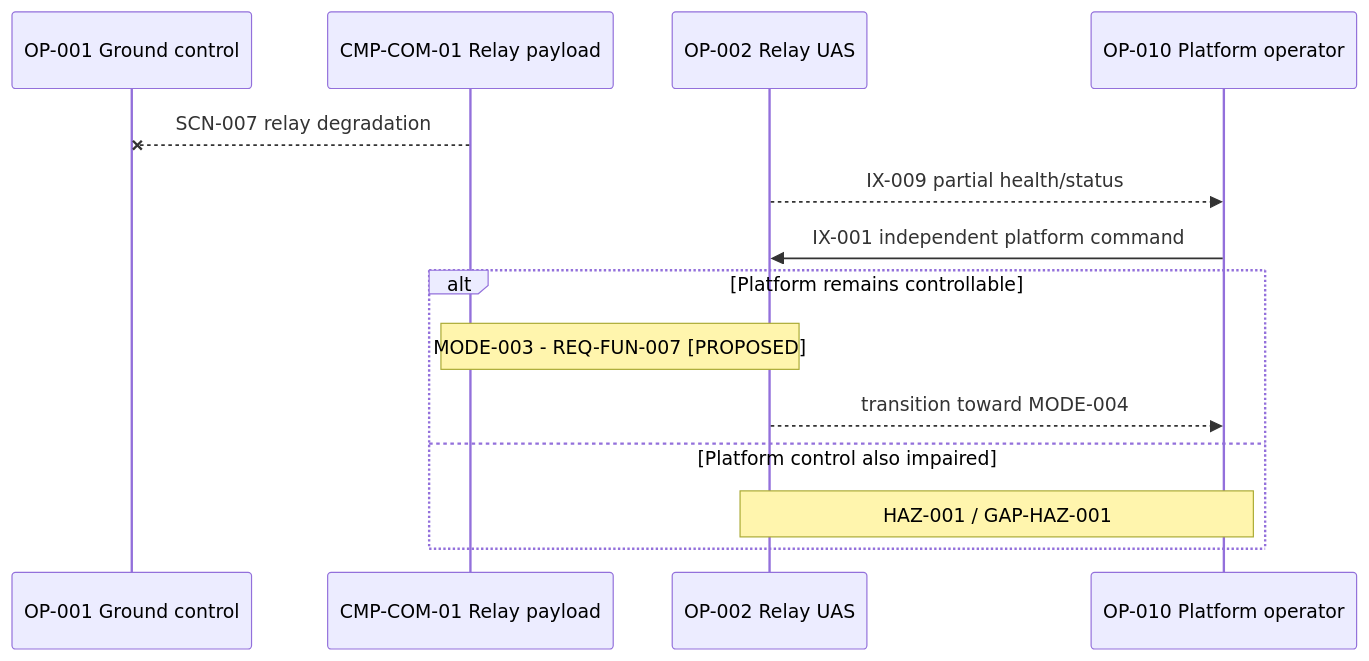
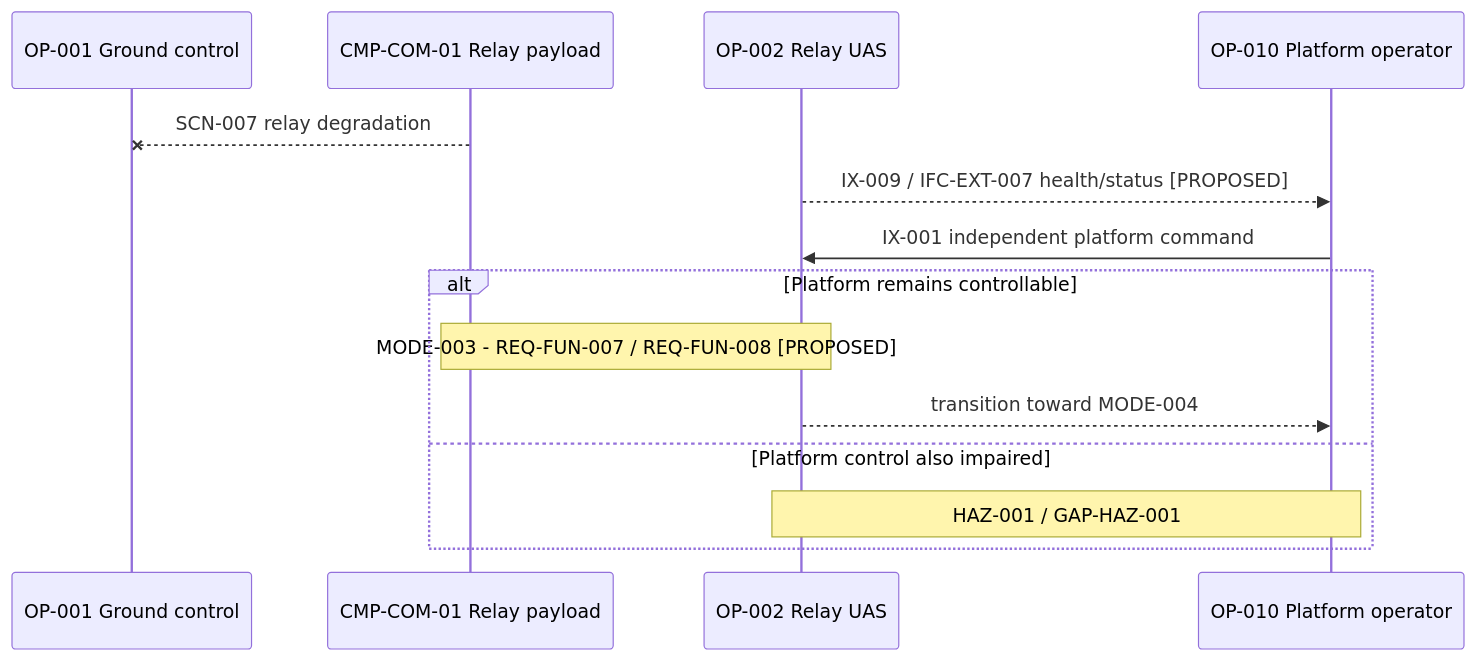
One commit to noahstephenson/low-cost-relay-uas changed the ninth of 12 diagrams in architecture.md. Above: the diagram before and after it, drawn with Mermaid. The commit also changed other lines of this file and 12 other files, not shown here.

Commit message:
Mature relay UAS candidate architecture

````diff
--- a/architecture.md
+++ b/architecture.md
@@ -214,17 +223,17 @@
 ```mermaid
 sequenceDiagram
     %% Configuration scope: CFG-REP / CFG-DOM
     participant Ground as OP-001 Ground control
     participant Payload as CMP-COM-01 Relay payload
     participant Relay as OP-002 Relay UAS
     participant Operator as OP-010 Platform operator
     Payload--xGround: SCN-007 relay degradation
-    Relay-->>Operator: IX-009 partial health/status
+    Relay-->>Operator: IX-009 / IFC-EXT-007 health/status [PROPOSED]
     Operator->>Relay: IX-001 independent platform command
     alt Platform remains controllable
-        Note over Payload,Relay: MODE-003 - REQ-FUN-007 [PROPOSED]
+        Note over Payload,Relay: MODE-003 - REQ-FUN-007 / REQ-FUN-008 [PROPOSED]
         Relay-->>Operator: transition toward MODE-004
     else Platform control also impaired
         Note over Relay,Operator: HAZ-001 / GAP-HAZ-001
     end
 ```
````
